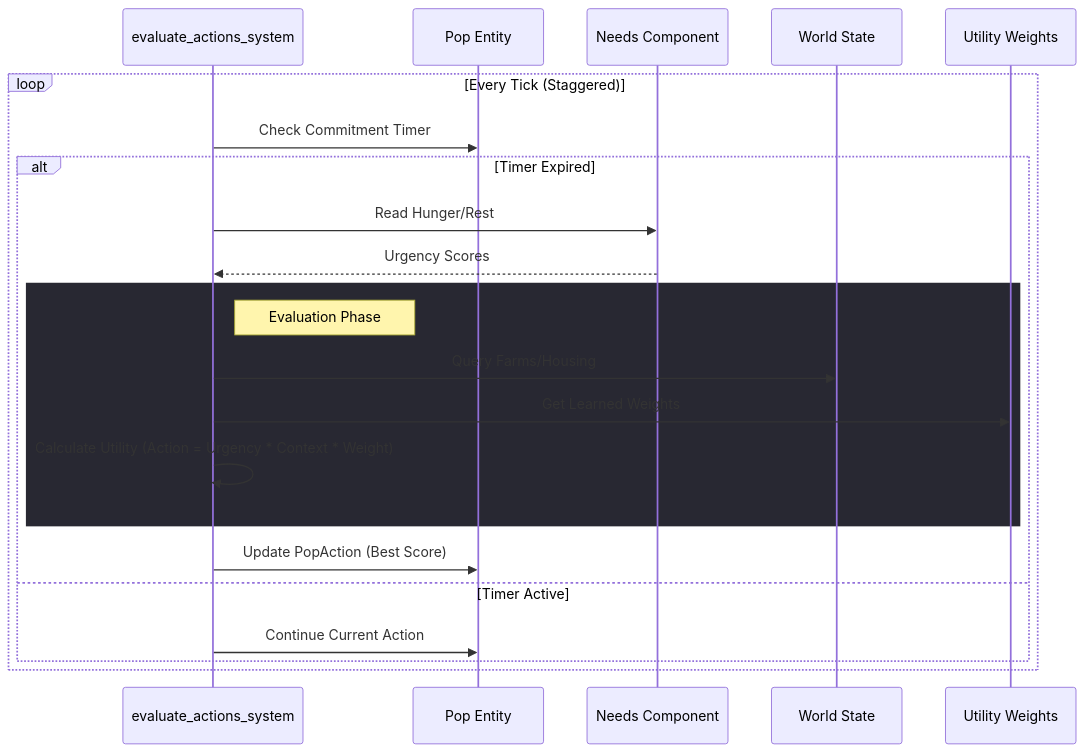
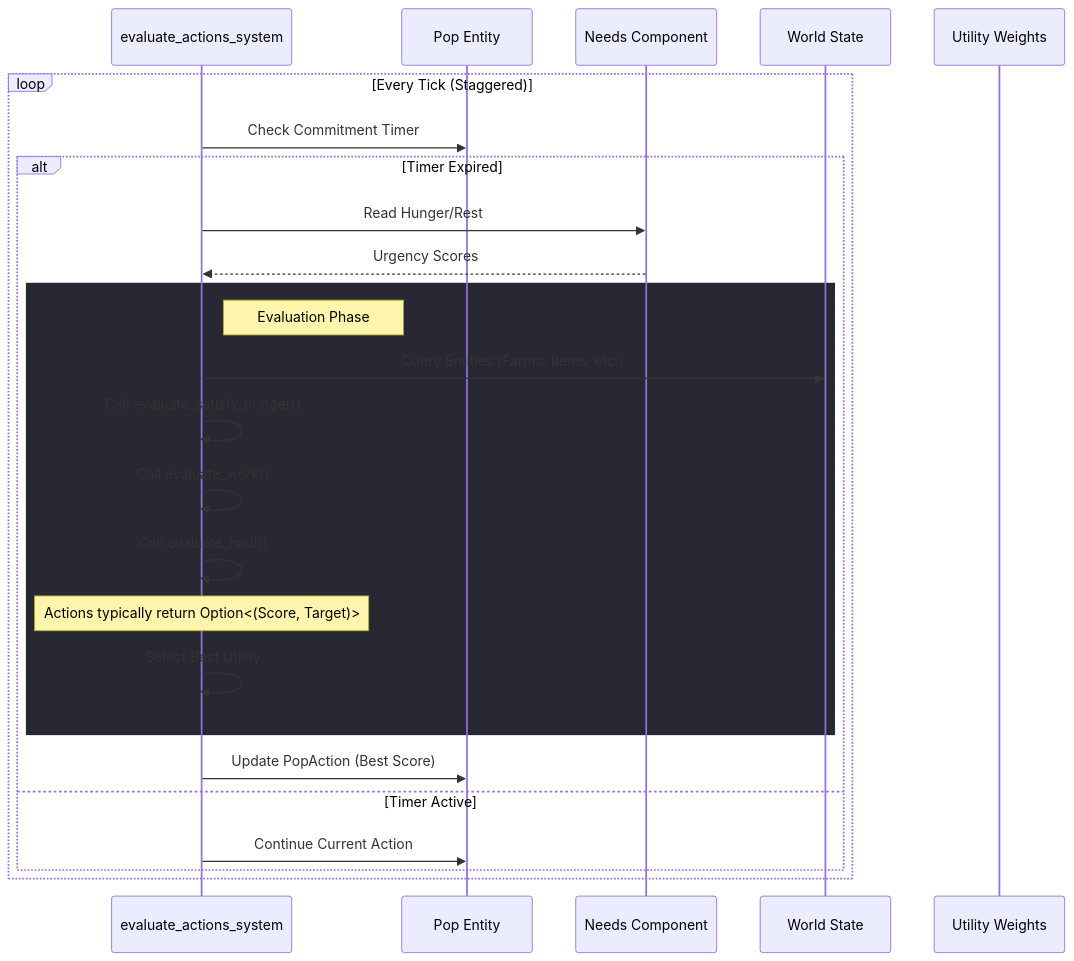
Before and after one commit to madmax983/project-zero: the fourth of 6 diagrams in docs/architecture.md, drawn with Mermaid. The commit also changed other lines of this file and 1 other file, not shown here.

First line of the commit message:
docs: Add ADR 008 and update architecture diagrams for Modular Utility AI

````diff
--- a/docs/architecture.md
+++ b/docs/architecture.md
@@ -95,27 +100,32 @@
 ```mermaid
 sequenceDiagram
     participant System as evaluate_actions_system
     participant Pop as Pop Entity
     participant Needs as Needs Component
     participant World as World State
     participant Memory as Utility Weights
 
     loop Every Tick (Staggered)
         System->>Pop: Check Commitment Timer
         alt Timer Expired
             System->>Needs: Read Hunger/Rest
             Needs-->>System: Urgency Scores
 
             rect rgb(40, 40, 50)
                 Note right of System: Evaluation Phase
-                System->>World: Query Farms/Housing
-                System->>Memory: Get Learned Weights
-                System->>System: Calculate Utility (Action = Urgency * Context * Weight)
+                System->>World: Query Entities (Farms, Items, etc.)
+
+                System->>System: Call evaluate_satisfy_hunger()
+                System->>System: Call evaluate_work()
+                System->>System: Call evaluate_haul()
+
+                Note over System: Actions typically return Option<(Score, Target)>
+                System->>System: Select Best Utility
             end
 
             System->>Pop: Update PopAction (Best Score)
         else Timer Active
             System->>Pop: Continue Current Action
         end
     end
 ```
````
